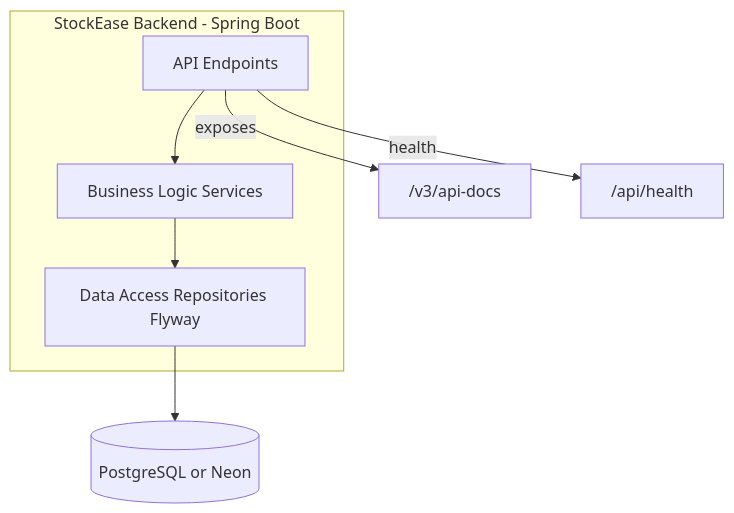
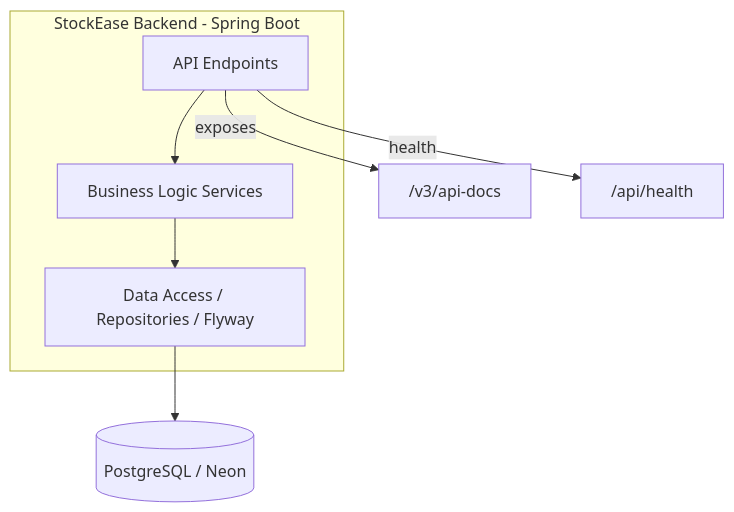
The second of 2 diagrams in docs/architecture/system/overview.md (Keglev/stockease), drawn with Mermaid before and after one commit. The commit also changed other lines of this file and 45 other files, not shown here.

Commit message:
refactored and reviewed all architecture docs; fix broken links in .html file for displaying the docs

````diff
--- a/docs/architecture/system/overview.md
+++ b/docs/architecture/system/overview.md
@@ -40,13 +30,13 @@
 ```mermaid
 graph TB
   subgraph Backend [StockEase Backend - Spring Boot]
     API[API Endpoints]
     BIZ[Business Logic Services]
-    DATA[Data Access Repositories Flyway]
+    DATA[Data Access / Repositories / Flyway]
   end
   API --> BIZ
   BIZ --> DATA
-  DATA --> DB[(PostgreSQL or Neon)]
+  DATA --> DB[(PostgreSQL / Neon)]
   API -->|exposes| OpenAPI["/v3/api-docs"]
   API -->|health| Health["/api/health"]
 ```
````
